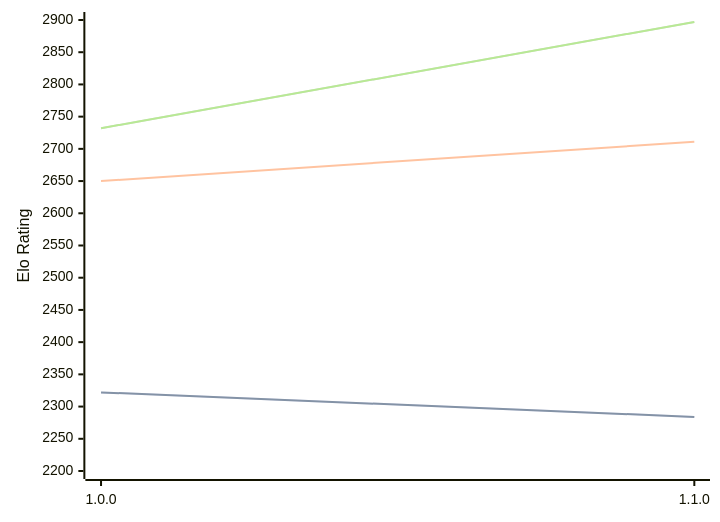
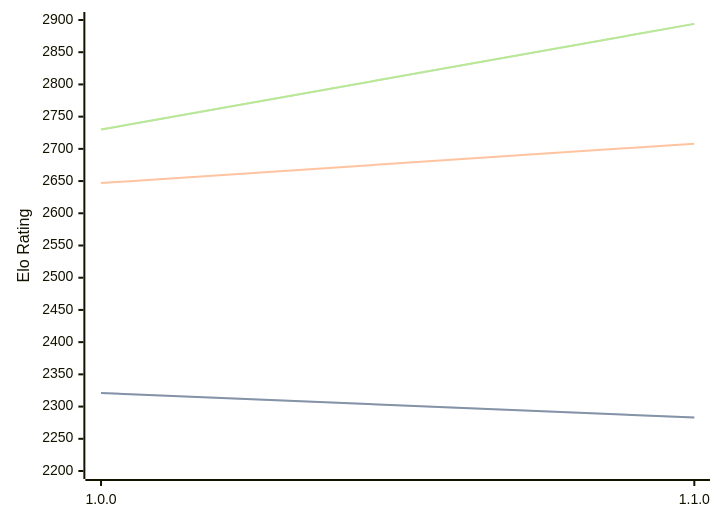
Before and after one commit to computer-chess-index/cci: the diagram in engines/ShallowGuess.md, drawn with Mermaid. The commit also changed other lines of this file, not shown here.

Commit message:
Update CCI Ratings (ELO VLTC) - 2026-06-08

````diff
--- a/engines/ShallowGuess.md
+++ b/engines/ShallowGuess.md
@@ -36,11 +36,11 @@
 ```mermaid
 %%{init: {"theme":"base","themeVariables":{"seriesColors:['#a3a3a3','#222221','#faa371']}}}%%
 xychart-beta
   x-axis ["1.0.0", "1.1.0"]
   y-axis "Elo Rating" 2200 --> 2900
-  line "STC (8.0+0.08s)" [2322, 2284]
-  line "STC (8.0+0.08s)" [2322, 2284]
-  line "LTC (60.0+0.60s)" [2650, 2711]
-  line "VLTC (2m24s+1.12s)" [2732, 2897]
-  line "VLTC (2m24s+1.12s)" [2732, 2897]
+  line "STC (8.0+0.08s)" [2321, 2283]
+  line "STC (8.0+0.08s)" [2321, 2283]
+  line "LTC (60.0+0.60s)" [2647, 2708]
+  line "VLTC (2m24s+1.12s)" [2730, 2894]
+  line "VLTC (2m24s+1.12s)" [2730, 2894]
 ```
````
